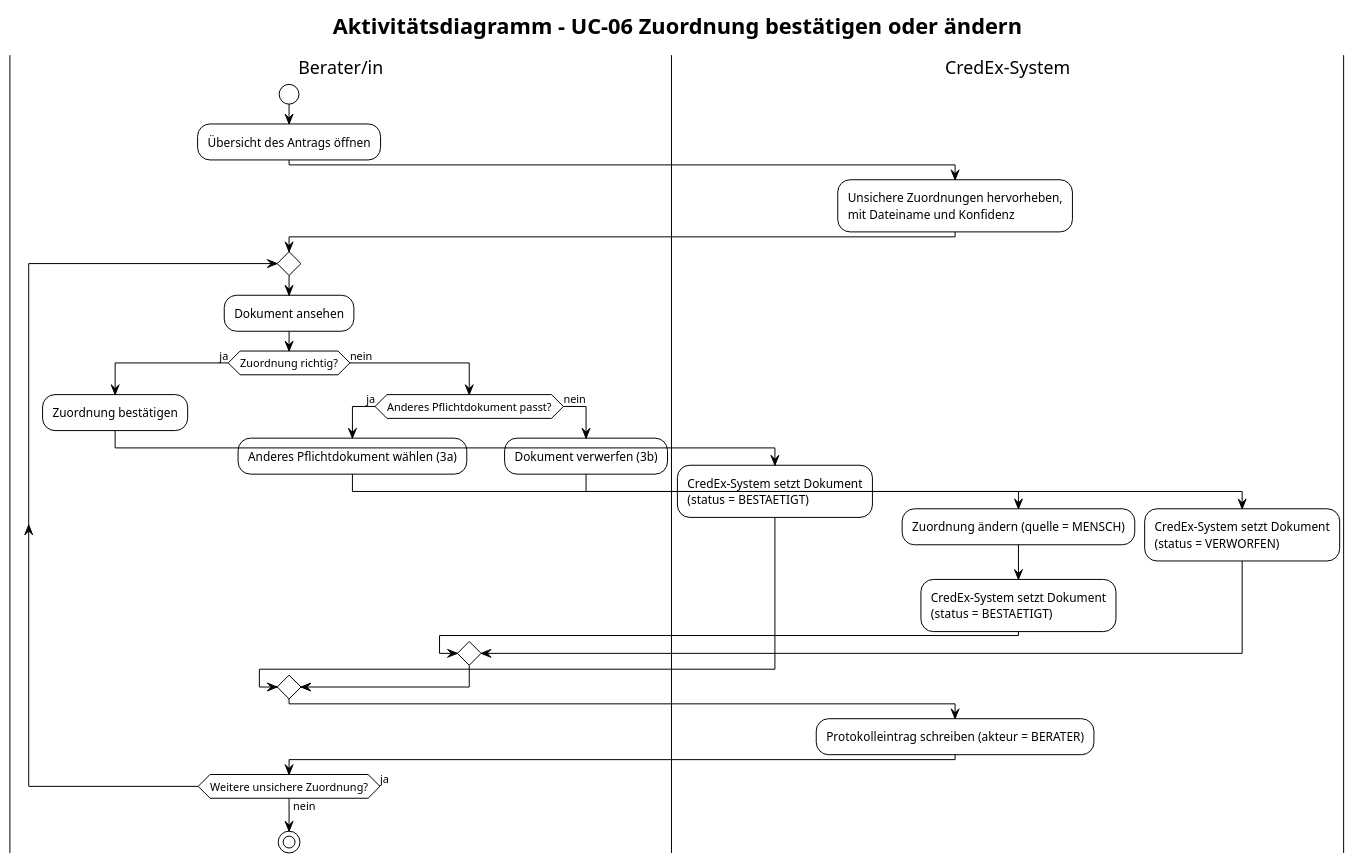
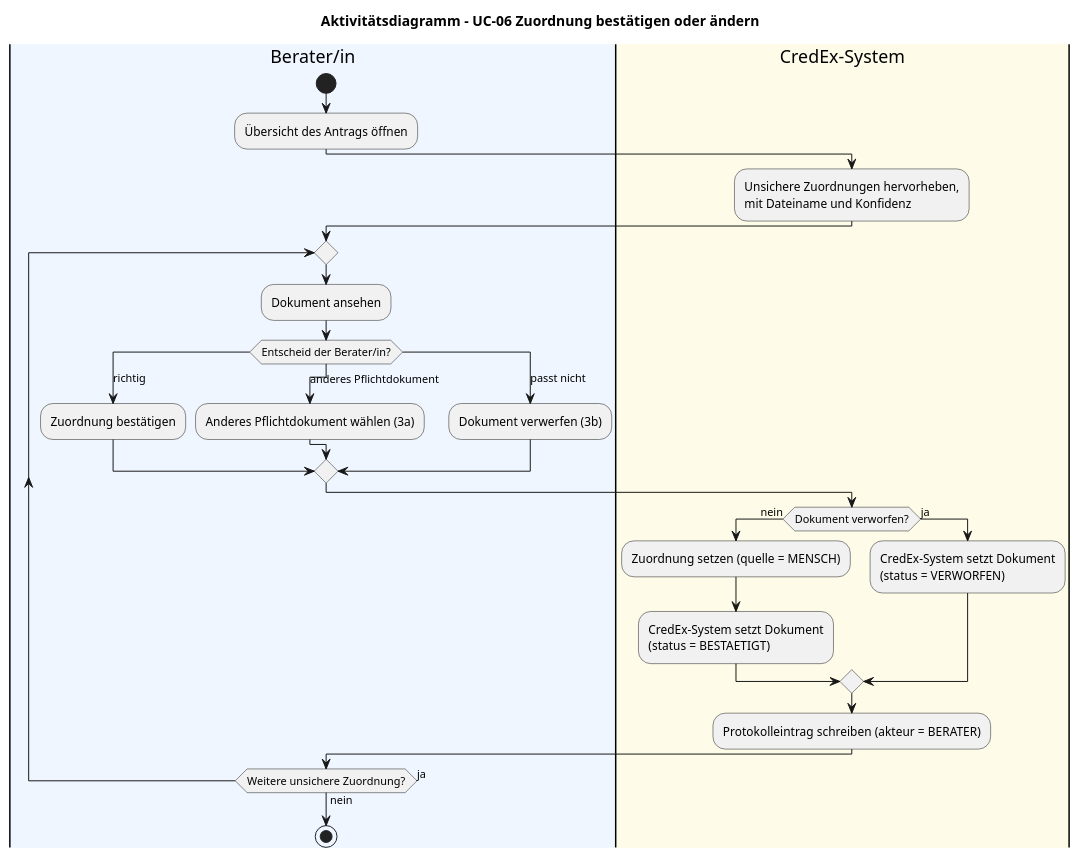
Before and after one commit to chocobear26/credex-cas: the diagram in content/use_case/zuordnung_bestaetigen/zuordnungBestaetigen.puml, drawn with PlantUML. The commit also changed 43 other files, not shown here.

First line of the commit message:
v1.1 Lesbarere Diagramme: PlantUML-Stil, Soll-Prozess als BPMN, Systemkontext in D2

```diff
--- a/content/use_case/zuordnung_bestaetigen/zuordnungBestaetigen.puml
+++ b/content/use_case/zuordnung_bestaetigen/zuordnungBestaetigen.puml
@@ -1,36 +1,31 @@
 @startuml zuordnungBestaetigen
-!theme plain
 title Aktivitätsdiagramm – UC-06 Zuordnung bestätigen oder ändern
-|Berater/in|
+|#EFF6FF|Berater/in|
 start
 :Übersicht des Antrags öffnen;
-|CredEx-System|
+|#FEFCE8|CredEx-System|
 :Unsichere Zuordnungen hervorheben,\nmit Dateiname und Konfidenz;
 |Berater/in|
 repeat
   :Dokument ansehen;
-  if (Zuordnung richtig?) then (ja)
+  switch (Entscheid der Berater/in?)
+  case (richtig)
     :Zuordnung bestätigen;
-    |CredEx-System|
+  case (anderes Pflichtdokument)
+    :Anderes Pflichtdokument wählen (3a);
+  case (passt nicht)
+    :Dokument verwerfen (3b);
+  endswitch
+  |CredEx-System|
+  if (Dokument verworfen?) then (nein)
+    :Zuordnung setzen (quelle = MENSCH);
     :CredEx-System setzt Dokument\n(status = BESTAETIGT);
-  else (nein)
-    |Berater/in|
-    if (Anderes Pflichtdokument passt?) then (ja)
-      :Anderes Pflichtdokument wählen (3a);
-      |CredEx-System|
-      :Zuordnung ändern (quelle = MENSCH);
-      :CredEx-System setzt Dokument\n(status = BESTAETIGT);
-    else (nein)
-      |Berater/in|
-      :Dokument verwerfen (3b);
-      |CredEx-System|
-      :CredEx-System setzt Dokument\n(status = VERWORFEN);
-    endif
+  else (ja)
+    :CredEx-System setzt Dokument\n(status = VERWORFEN);
   endif
-  |CredEx-System|
   :Protokolleintrag schreiben (akteur = BERATER);
   |Berater/in|
 repeat while (Weitere unsichere Zuordnung?) is (ja) not (nein)
 stop
 
 @enduml
```
